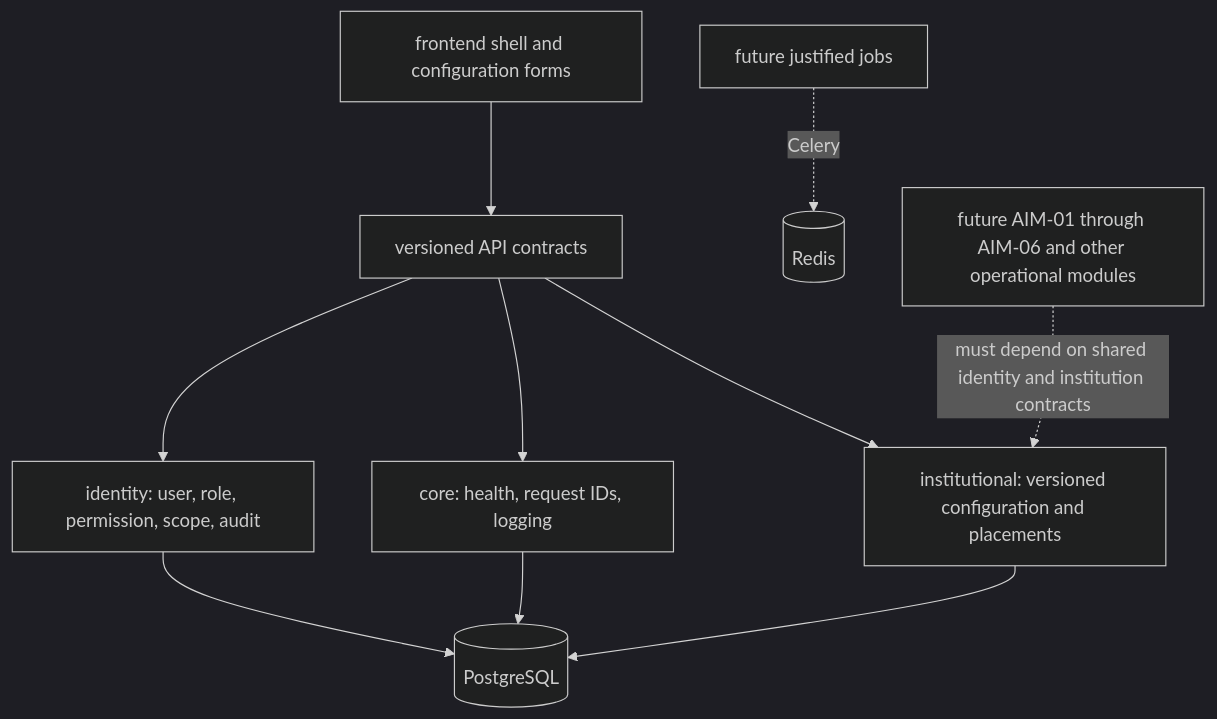
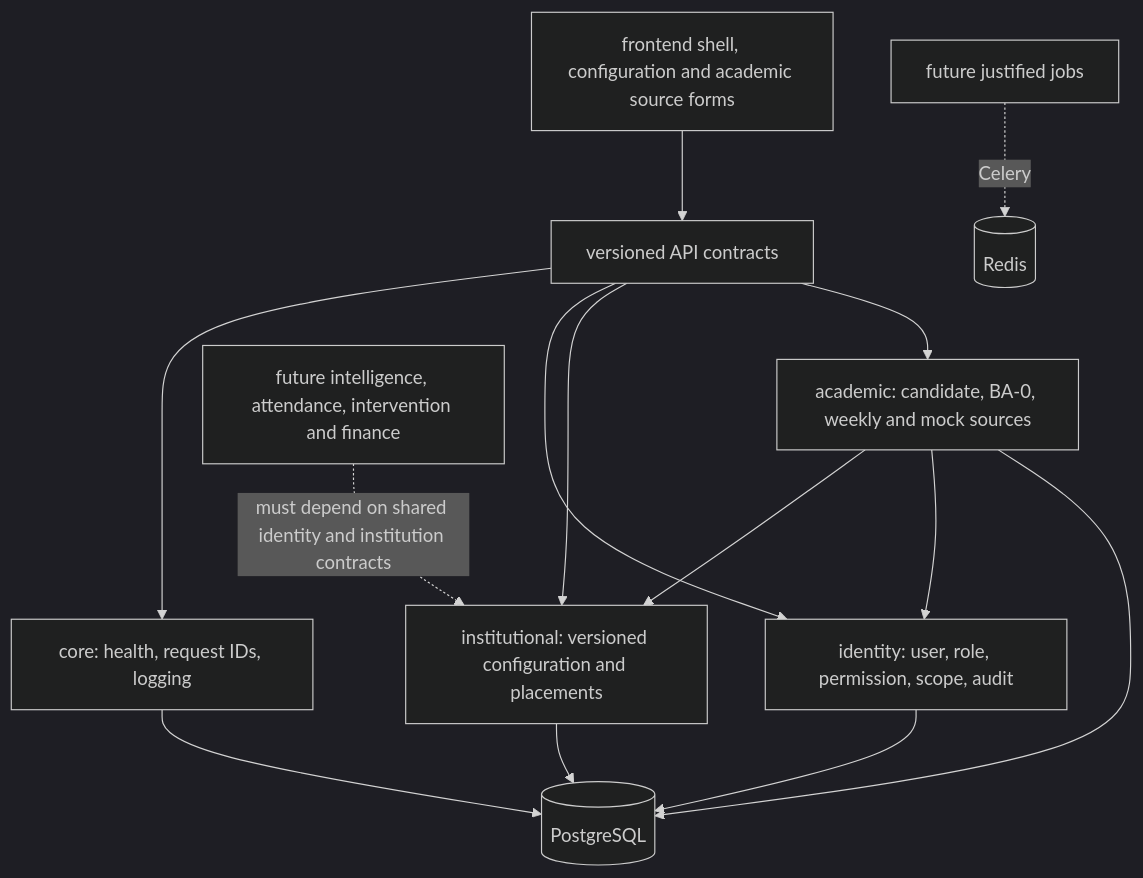
Before and after one commit to agbofatech-lgtm/agbofa-edutrack: the second of 2 diagrams in docs/architecture/overview.md, drawn with Mermaid (dark theme). The commit also changed other lines of this file and 57 other files, not shown here.

Commit message:
feat(academic): add phase 04 candidate and assessment source operations

````diff
--- a/docs/architecture/overview.md
+++ b/docs/architecture/overview.md
@@ -29,12 +29,16 @@
 ```mermaid
 flowchart TD
-    UI[frontend shell and configuration forms] --> HTTP[versioned API contracts]
+    UI[frontend shell, configuration and academic source forms] --> HTTP[versioned API contracts]
     HTTP --> CORE[core: health, request IDs, logging]
     HTTP --> ID[identity: user, role, permission, scope, audit]
     HTTP --> INST[institutional: versioned configuration and placements]
+    HTTP --> ACAD[academic: candidate, BA-0, weekly and mock sources]
+    ACAD --> INST
+    ACAD --> ID
+    ACAD --> DB[(PostgreSQL)]
     ID --> DB[(PostgreSQL)]
     CORE --> DB
     INST --> DB
     JOBS[future justified jobs] -. Celery .-> REDIS[(Redis)]
-    DOMAIN[future AIM-01 through AIM-06 and other operational modules] -. must depend on shared identity and institution contracts .-> INST
+    DOMAIN[future intelligence, attendance, intervention and finance] -. must depend on shared identity and institution contracts .-> INST
 ```
````
